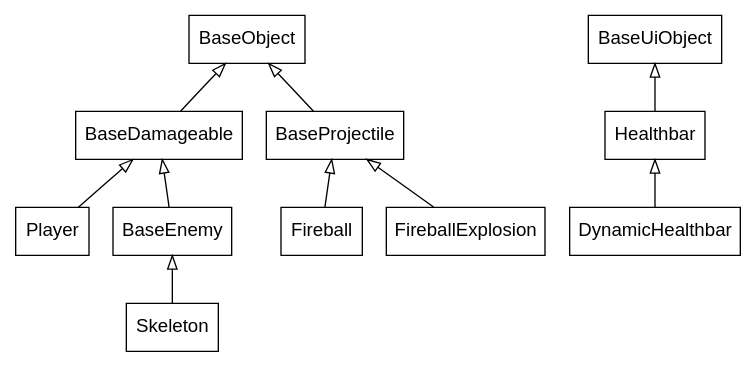
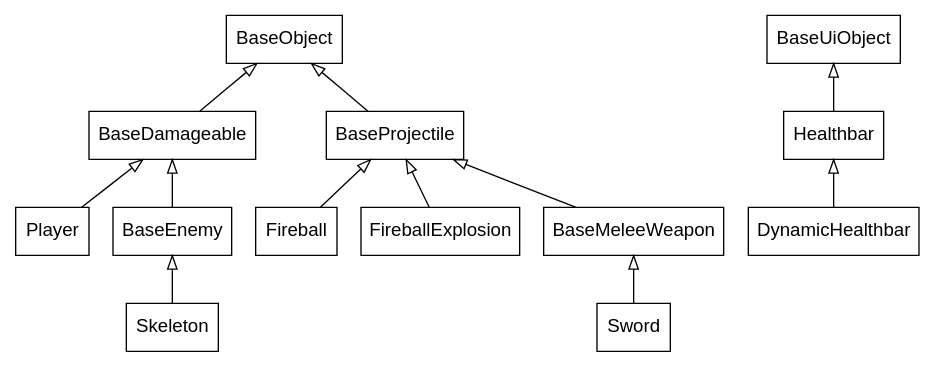
One commit to lachfoy/2dgameABANDONED changed the diagram in inheritance.gv. Above: the diagram before and after it, drawn with Graphviz. The commit also changed 4 other files, not shown here.

```diff
--- a/inheritance.gv
+++ b/inheritance.gv
@@ -1,14 +1,15 @@
 digraph inheritance {
     node [shape=box fontname="Helvetica,Arial,sans-serif"]
     edge [dir=back arrowtail=empty]
 
     BaseObject->{BaseDamageable, BaseProjectile}
     BaseDamageable->{Player, BaseEnemy}
-    BaseProjectile->{Fireball, FireballExplosion}
+    BaseProjectile->{Fireball, FireballExplosion, BaseMeleeWeapon}
+    BaseMeleeWeapon->Sword
     BaseEnemy->Skeleton
 
     BaseUiObject->Healthbar
     Healthbar->DynamicHealthbar
 }
 
 // use `dot -Tpng -O inheritance.gv` to generate a .png
```
